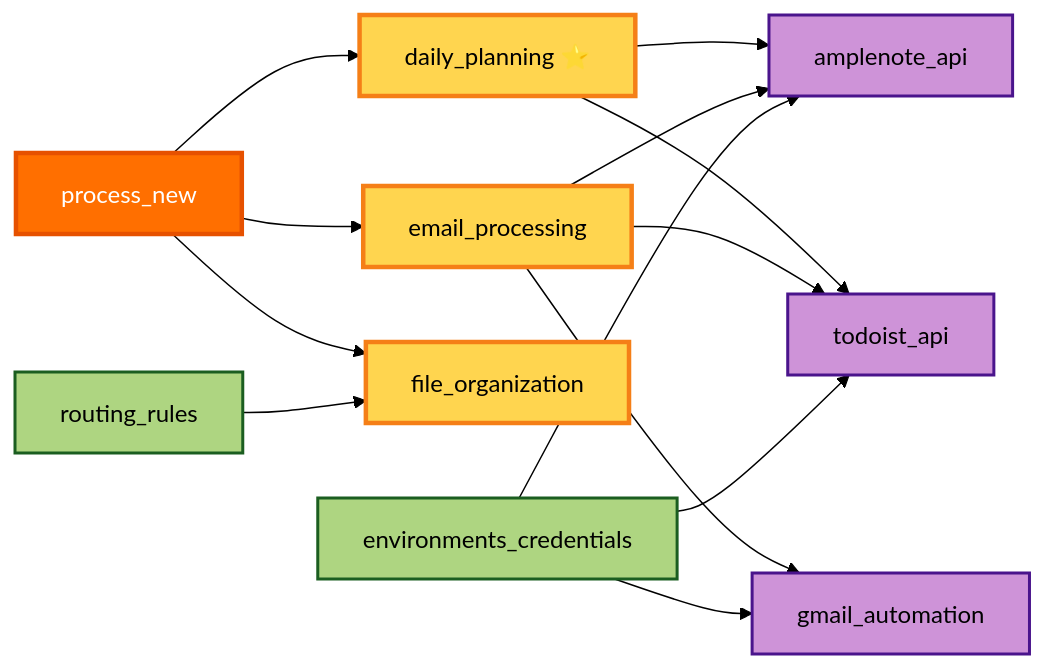
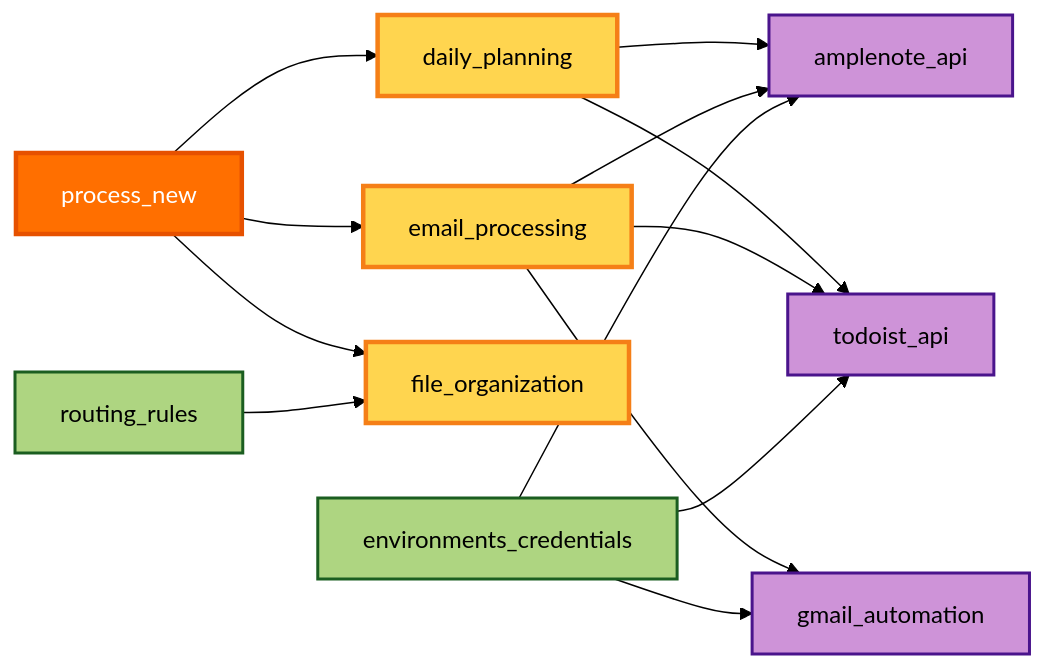
Before and after one commit to adourish/skills: the second of 7 diagrams in SKILLS_DIAGRAM.md, drawn with Mermaid (forest theme). The commit also changed other lines of this file and 5 other files, not shown here.

Commit message:
Update Mermaid documentation to use official Mermaid Chart extension, remove emojis from diagrams

````diff
--- a/SKILLS_DIAGRAM.md
+++ b/SKILLS_DIAGRAM.md
@@ -111,46 +111,46 @@
 ```mermaid
 flowchart LR
     %% Core Daily Workflow
-    DP[daily_planning ⭐]
+    DP[daily_planning]
     EP[email_processing]
     FO[file_organization]
     
     %% Integrations Used
     AMP[amplenote_api]
     TODO[todoist_api]
     GMAIL[gmail_automation]
     
     %% System Skills
     RR[routing_rules]
     EC[environments_credentials]
     PN[process_new]
     
     %% Workflow Connections
     PN --> DP
     PN --> EP
     PN --> FO
     
     DP --> AMP
     DP --> TODO
     EP --> GMAIL
     EP --> AMP
     EP --> TODO
     
     RR --> FO
     EC --> AMP
     EC --> TODO
     EC --> GMAIL
     
     %% Styling
     style DP fill:#ffd54f,stroke:#f57f17,stroke-width:3px
     style EP fill:#ffd54f,stroke:#f57f17,stroke-width:3px
     style FO fill:#ffd54f,stroke:#f57f17,stroke-width:3px
     style PN fill:#ff6f00,stroke:#e65100,stroke-width:3px,color:#fff
     
     style AMP fill:#ce93d8,stroke:#4a148c,stroke-width:2px
     style TODO fill:#ce93d8,stroke:#4a148c,stroke-width:2px
     style GMAIL fill:#ce93d8,stroke:#4a148c,stroke-width:2px
     
     style RR fill:#aed581,stroke:#1b5e20,stroke-width:2px
     style EC fill:#aed581,stroke:#1b5e20,stroke-width:2px
 ```
````
